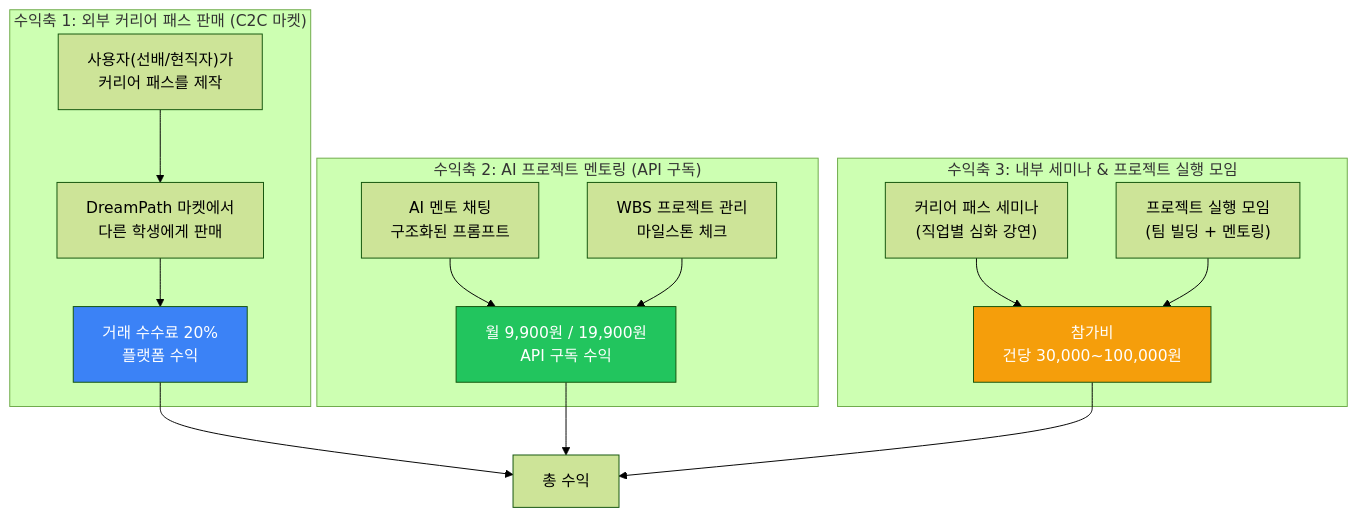
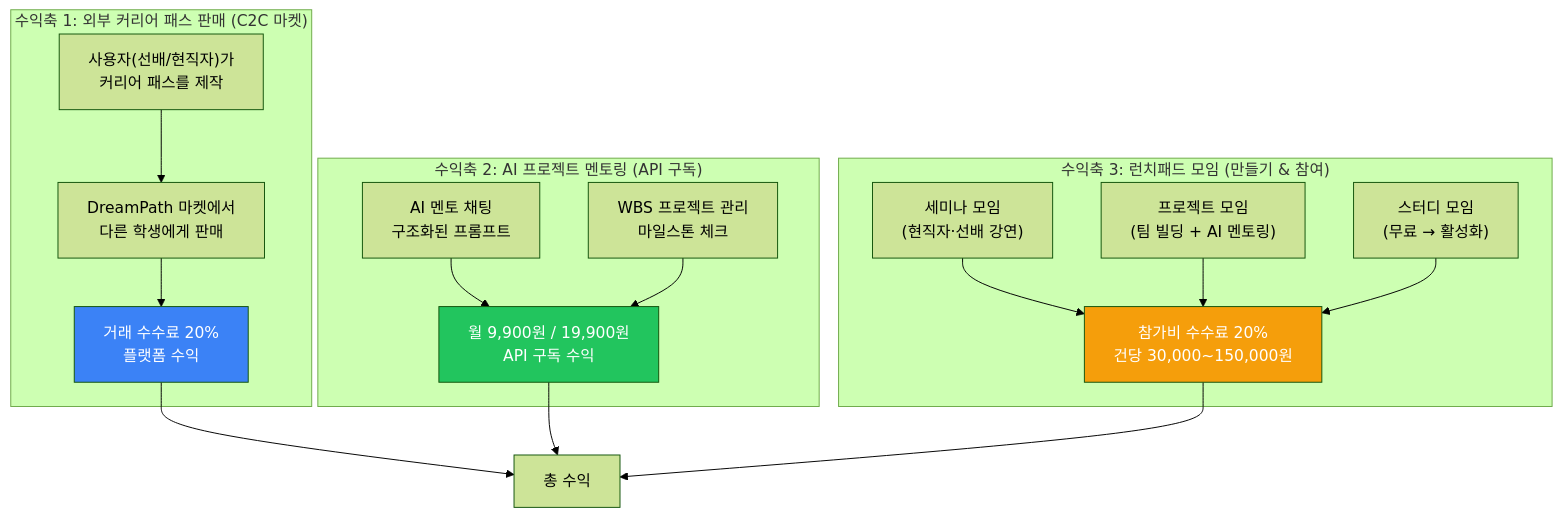
The sixth of 9 diagrams in INVESTMENT_PROPOSAL.md (Collegenie-X/AI-career-path), drawn with Mermaid (forest theme) before and after one commit. The commit also changed other lines of this file and 10 other files, not shown here.

````diff
--- a/INVESTMENT_PROPOSAL.md
+++ b/INVESTMENT_PROPOSAL.md
@@ -407,25 +533,26 @@
 ```mermaid
 graph TD
     subgraph "수익축 1: 외부 커리어 패스 판매 (C2C 마켓)"
         CP1["사용자(선배/현직자)가<br/>커리어 패스를 제작"] --> CP2["DreamPath 마켓에서<br/>다른 학생에게 판매"]
         CP2 --> REV1["거래 수수료 20%<br/>플랫폼 수익"]
     end
 
     subgraph "수익축 2: AI 프로젝트 멘토링 (API 구독)"
         AI1["AI 멘토 채팅<br/>구조화된 프롬프트"] --> REV2["월 9,900원 / 19,900원<br/>API 구독 수익"]
         AI2["WBS 프로젝트 관리<br/>마일스톤 체크"] --> REV2
     end
 
-    subgraph "수익축 3: 내부 세미나 & 프로젝트 실행 모임"
-        SM1["커리어 패스 세미나<br/>(직업별 심화 강연)"] --> REV3["참가비<br/>건당 30,000~100,000원"]
-        SM2["프로젝트 실행 모임<br/>(팀 빌딩 + 멘토링)"] --> REV3
+    subgraph "수익축 3: 런치패드 모임 (만들기 & 참여)"
+        SM1["세미나 모임<br/>(현직자·선배 강연)"] --> REV3["참가비 수수료 20%<br/>건당 30,000~150,000원"]
+        SM2["프로젝트 모임<br/>(팀 빌딩 + AI 멘토링)"] --> REV3
+        SM3["스터디 모임<br/>(무료 → 활성화)"] --> REV3
     end
 
     REV1 --> TOTAL["총 수익"]
     REV2 --> TOTAL
     REV3 --> TOTAL
 
     style REV1 fill:#3B82F6,color:#fff
     style REV2 fill:#22C55E,color:#fff
     style REV3 fill:#F59E0B,color:#fff
 ```
````
